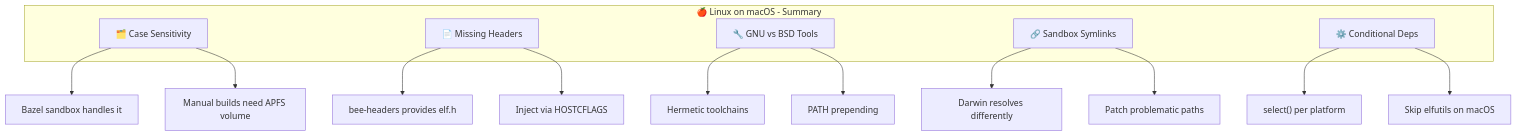
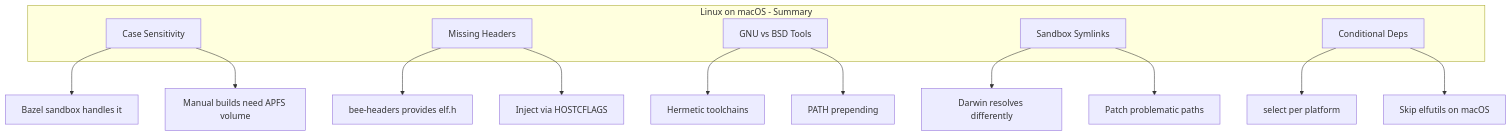
Diagram 15 of 15 in building-linux-kernel-macos.md (srikantharun/srikantharun.github.io), drawn with Mermaid before and after one commit.

Commit message:
Fix Key Takeaways diagram - remove emojis and special chars

````diff
--- a/building-linux-kernel-macos.md
+++ b/building-linux-kernel-macos.md
@@ -561,25 +561,25 @@
 ```mermaid
 flowchart TB
-    subgraph "🍎 Linux on macOS - Summary"
-        A["🗂️ Case Sensitivity"]
-        B["📄 Missing Headers"]
-        C["🔧 GNU vs BSD Tools"]
-        D["🔗 Sandbox Symlinks"]
-        E["⚙️ Conditional Deps"]
+    subgraph Summary["Linux on macOS - Summary"]
+        A["Case Sensitivity"]
+        B["Missing Headers"]
+        C["GNU vs BSD Tools"]
+        D["Sandbox Symlinks"]
+        E["Conditional Deps"]
     end
 
     A --> A1["Bazel sandbox handles it"]
     A --> A2["Manual builds need APFS volume"]
 
     B --> B1["bee-headers provides elf.h"]
     B --> B2["Inject via HOSTCFLAGS"]
 
     C --> C1["Hermetic toolchains"]
     C --> C2["PATH prepending"]
 
     D --> D1["Darwin resolves differently"]
     D --> D2["Patch problematic paths"]
 
-    E --> E1["select() per platform"]
+    E --> E1["select per platform"]
     E --> E2["Skip elfutils on macOS"]
 ```
````
